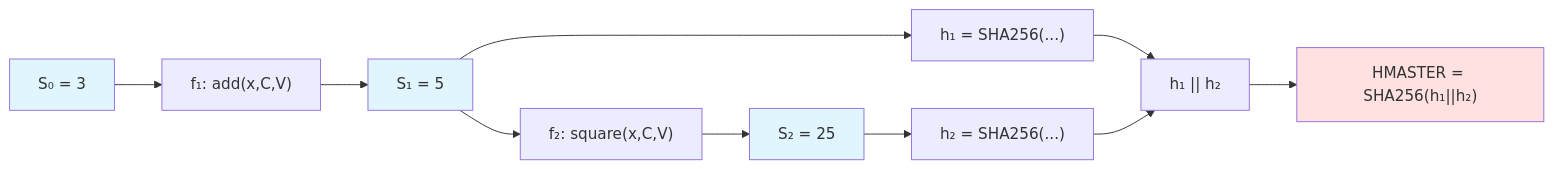
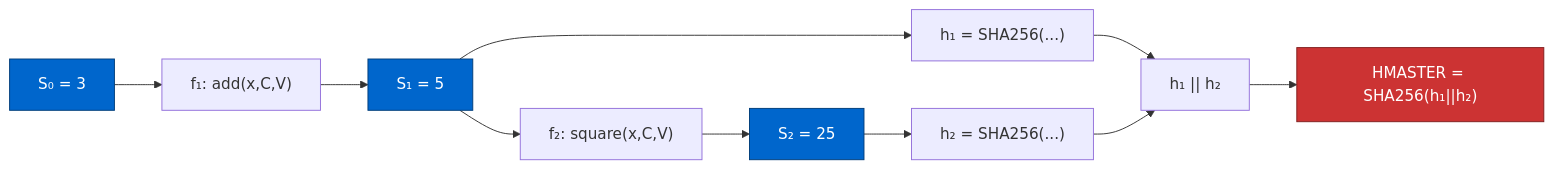
One commit to kushagrab21/BOR-SDK changed the third of 10 diagrams in docs/BoR_Execution_Trace_Report.md. Above: the diagram before and after it, drawn with Mermaid. The commit also changed other lines of this file, not shown here.

Commit message:
Fix Mermaid diagram colors: darker fills with white text for better visibility

````diff
--- a/docs/BoR_Execution_Trace_Report.md
+++ b/docs/BoR_Execution_Trace_Report.md
@@ -450,19 +450,19 @@
 ```mermaid
 graph LR
     S0["S₀ = 3"] --> F1["f₁: add(x,C,V)"]
     F1 --> S1["S₁ = 5"]
     S1 --> H1["h₁ = SHA256(...)"]
     
     S1 --> F2["f₂: square(x,C,V)"]
     F2 --> S2["S₂ = 25"]
     S2 --> H2["h₂ = SHA256(...)"]
     
     H1 --> CONCAT["h₁ || h₂"]
     H2 --> CONCAT
     CONCAT --> HMASTER["HMASTER = SHA256(h₁||h₂)"]
     
-    style S0 fill:#e1f5ff
-    style S1 fill:#e1f5ff
-    style S2 fill:#e1f5ff
-    style HMASTER fill:#ffe1e1
+    style S0 fill:#0066cc,stroke:#003d7a,color:#fff
+    style S1 fill:#0066cc,stroke:#003d7a,color:#fff
+    style S2 fill:#0066cc,stroke:#003d7a,color:#fff
+    style HMASTER fill:#cc3333,stroke:#801f1f,color:#fff
 ```
````
